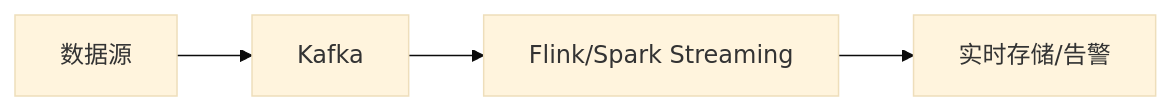
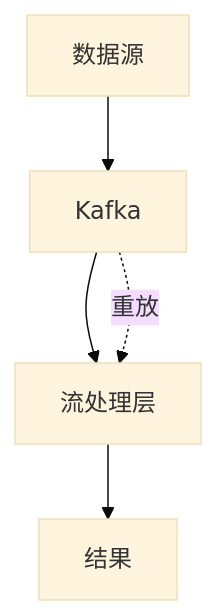
The second of 2 diagrams in Analysis/3-数据模型与算法/3.5-数据分析与ETL/3.5.5-数据流处理与架构.md (AdaMartin18010/Data-Science), drawn with Mermaid (base theme) before and after one commit. The commit also changed other lines of this file and 338 other files, not shown here.

````diff
--- a/Analysis/3-数据模型与算法/3.5-数据分析与ETL/3.5.5-数据流处理与架构.md
+++ b/Analysis/3-数据模型与算法/3.5-数据分析与ETL/3.5.5-数据流处理与架构.md
@@ -44,6 +149,7 @@
 ```mermaid
-flowchart LR
-  S[数据源] --> K[Kafka]
-  K --> F[Flink/Spark Streaming]
-  F --> R[实时存储/告警]
+flowchart TD
+    D[数据源] --> K[Kafka]
+    K --> SP[流处理层]
+    SP --> R[结果]
+    K -.重放.-> SP
 ```
````
